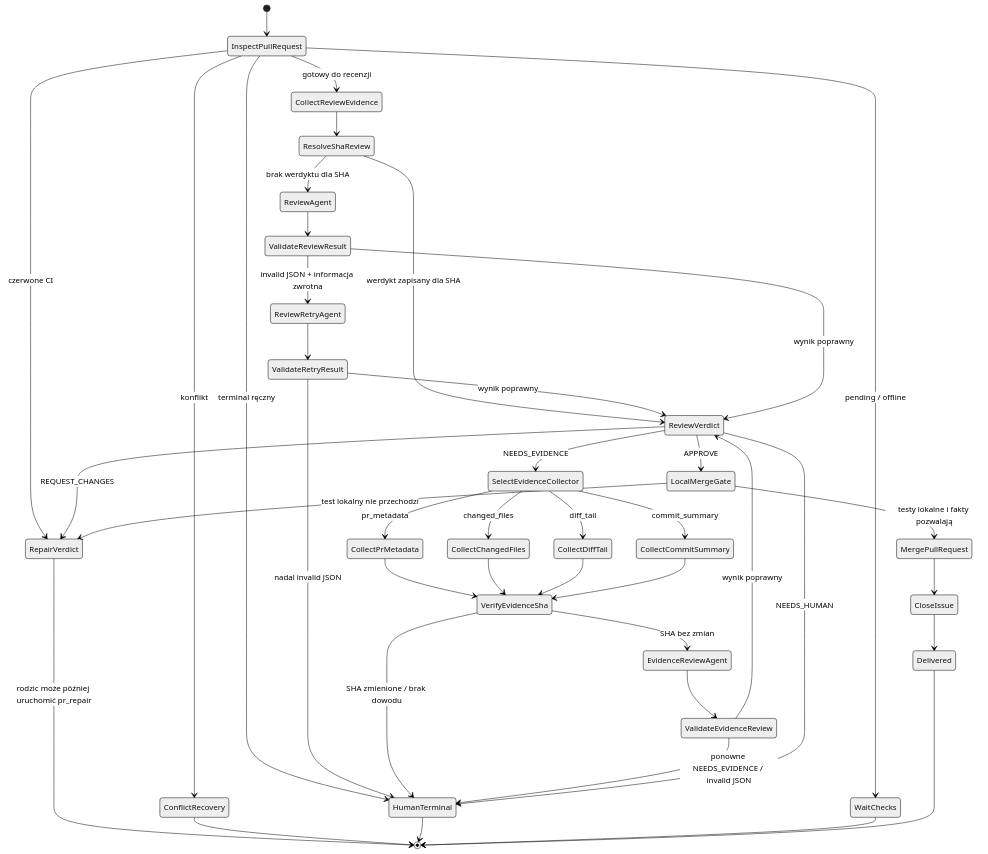
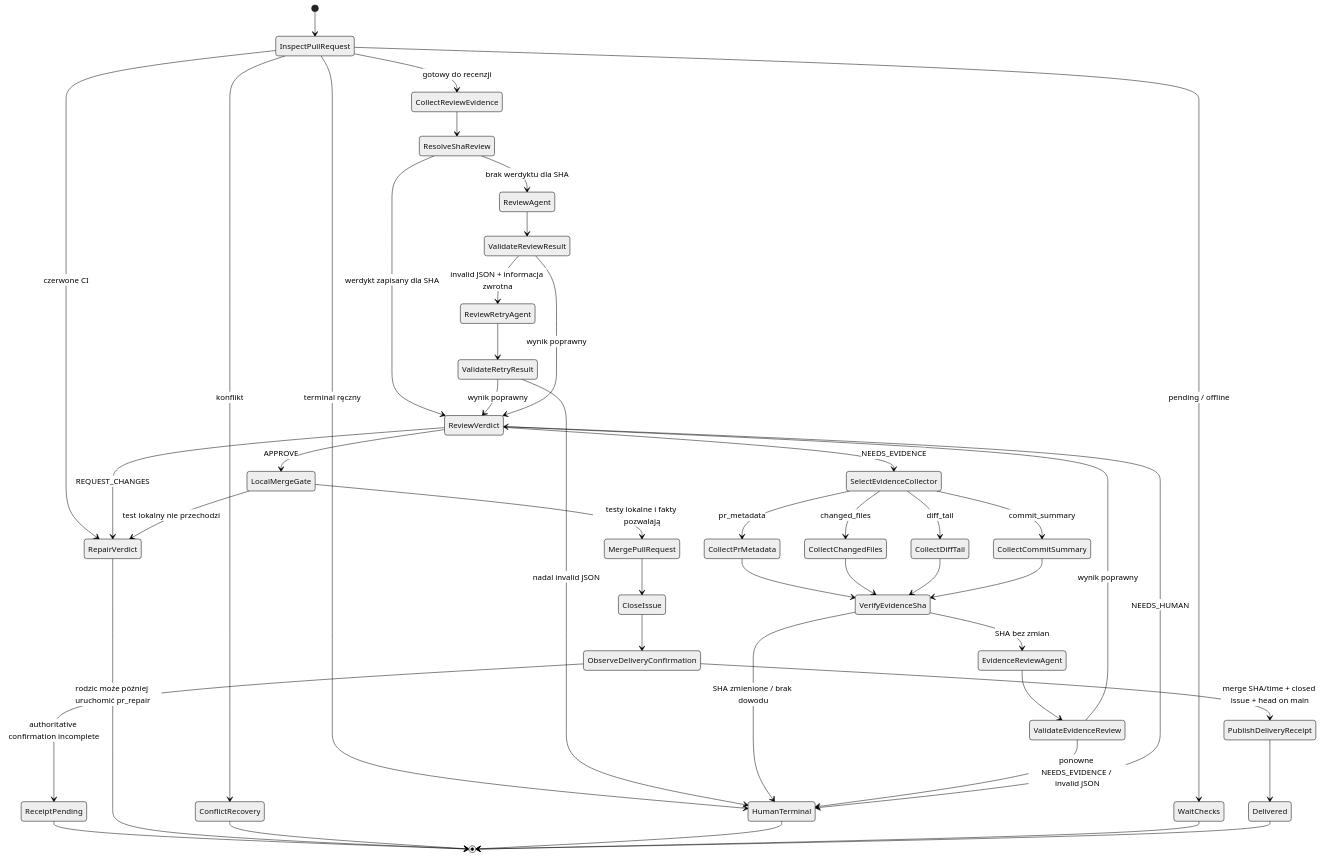
One commit to mikolaj92/lokay changed diagram 51 of 53 in README.md. Above: the diagram before and after it, drawn with Mermaid (neutral theme).

Commit message:
Document confirmed delivery terminal

````diff
--- a/README.md
+++ b/README.md
@@ -1429,44 +1429,48 @@
 ```mermaid
 stateDiagram-v2
     [*] --> InspectPullRequest
     InspectPullRequest --> ConflictRecovery: konflikt
     InspectPullRequest --> WaitChecks: pending / offline
     InspectPullRequest --> RepairVerdict: czerwone CI
     InspectPullRequest --> HumanTerminal: terminal ręczny
     InspectPullRequest --> CollectReviewEvidence: gotowy do recenzji
     CollectReviewEvidence --> ResolveShaReview
     ResolveShaReview --> ReviewVerdict: werdykt zapisany dla SHA
     ResolveShaReview --> ReviewAgent: brak werdyktu dla SHA
     ReviewAgent --> ValidateReviewResult
     ValidateReviewResult --> ReviewRetryAgent: invalid JSON + informacja zwrotna
     ReviewRetryAgent --> ValidateRetryResult
     ValidateRetryResult --> ReviewVerdict: wynik poprawny
     ValidateRetryResult --> HumanTerminal: nadal invalid JSON
     ValidateReviewResult --> ReviewVerdict: wynik poprawny
     ReviewVerdict --> SelectEvidenceCollector: NEEDS_EVIDENCE
     SelectEvidenceCollector --> CollectPrMetadata: pr_metadata
     SelectEvidenceCollector --> CollectChangedFiles: changed_files
     SelectEvidenceCollector --> CollectDiffTail: diff_tail
     SelectEvidenceCollector --> CollectCommitSummary: commit_summary
     CollectPrMetadata --> VerifyEvidenceSha
     CollectChangedFiles --> VerifyEvidenceSha
     CollectDiffTail --> VerifyEvidenceSha
     CollectCommitSummary --> VerifyEvidenceSha
     VerifyEvidenceSha --> EvidenceReviewAgent: SHA bez zmian
     VerifyEvidenceSha --> HumanTerminal: SHA zmienione / brak dowodu
     EvidenceReviewAgent --> ValidateEvidenceReview
     ValidateEvidenceReview --> ReviewVerdict: wynik poprawny
     ValidateEvidenceReview --> HumanTerminal: ponowne NEEDS_EVIDENCE / invalid JSON
     ReviewVerdict --> LocalMergeGate: APPROVE
     ReviewVerdict --> RepairVerdict: REQUEST_CHANGES
     ReviewVerdict --> HumanTerminal: NEEDS_HUMAN
     LocalMergeGate --> MergePullRequest: testy lokalne i fakty pozwalają
     LocalMergeGate --> RepairVerdict: test lokalny nie przechodzi
     MergePullRequest --> CloseIssue
-    CloseIssue --> Delivered
+    CloseIssue --> ObserveDeliveryConfirmation
+    ObserveDeliveryConfirmation --> PublishDeliveryReceipt: merge SHA/time + closed issue + head on main
+    ObserveDeliveryConfirmation --> ReceiptPending: authoritative confirmation incomplete
+    PublishDeliveryReceipt --> Delivered
+    ReceiptPending --> [*]
     RepairVerdict --> [*]: rodzic może później uruchomić pr_repair
     ConflictRecovery --> [*]
     HumanTerminal --> [*]
     WaitChecks --> [*]
     Delivered --> [*]
 ```
````
